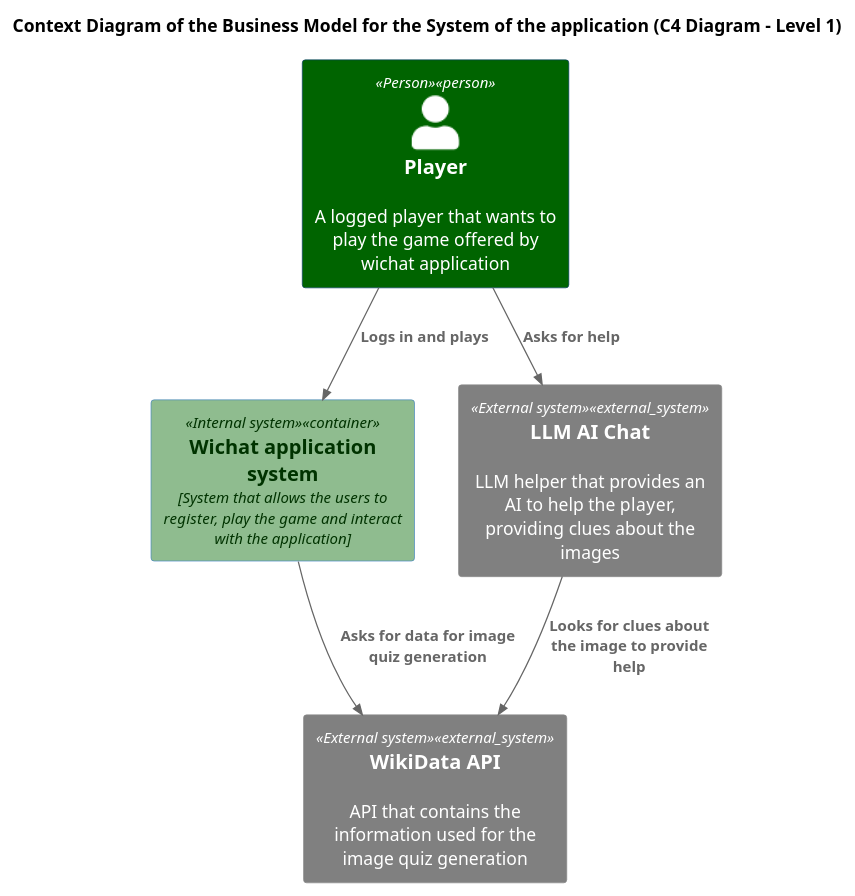
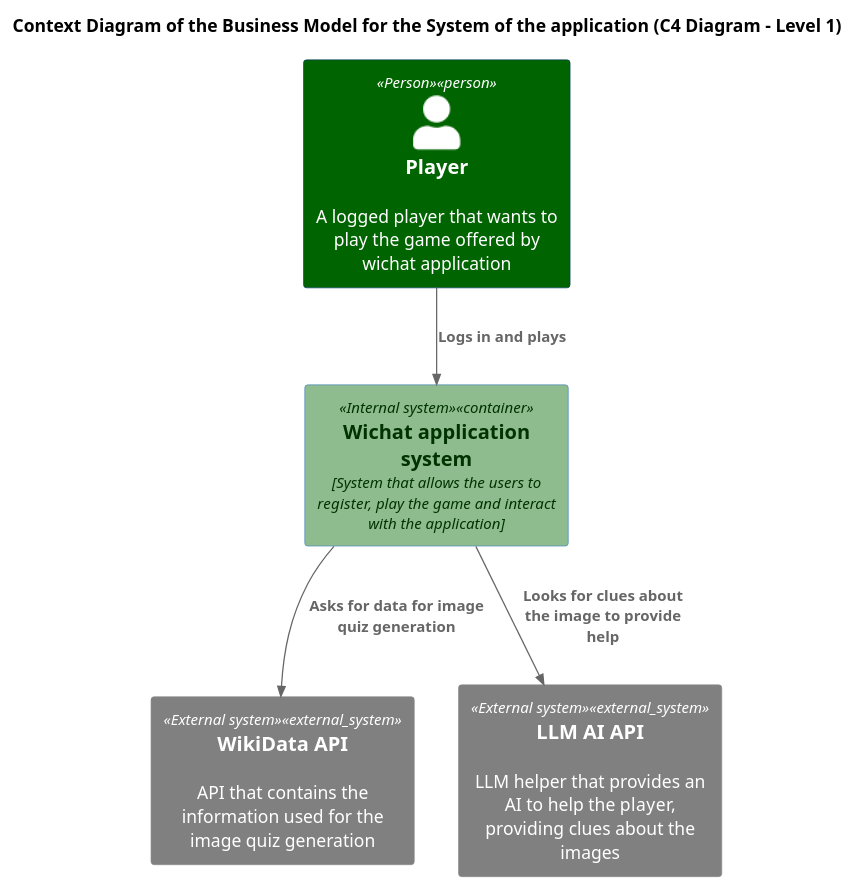
The diagram in docs/src/diagrams/C4_business_model_diagram.puml (Arquisoft/wichat_en1a), drawn with PlantUML before and after one commit. The commit also changed 3 other files, not shown here.

Commit message:
docs: Third draft of the 9th section of the documentation (Architecture Decisions)

```diff
--- a/docs/src/diagrams/C4_business_model_diagram.puml
+++ b/docs/src/diagrams/C4_business_model_diagram.puml
@@ -1,21 +1,20 @@
 @startuml C4_Business_Model_Diagram
 !includeurl https://raw.githubusercontent.com/RicardoNiepel/C4-PlantUML/master/C4_Container.puml
 !include <c4/C4_Context.puml>
 
 title Context Diagram of the Business Model for the System of the application (C4 Diagram - Level 1)
 AddElementTag("Person", $bgColor="#darkgreen", $fontColor="#white")
 AddElementTag("Internal system", $bgColor="#darkseagreen", $fontColor="#003300")
 AddElementTag("External system", $bgColor="#gray", $fontColor="#white")
 
 'Containers
 Person(player, Player,"A logged player that wants to play the game offered by wichat application", $tags="Person")
 Container(wichat, "Wichat application system", "System that allows the users to register, play the game and interact with the application", $tags="Internal system")
 System_Ext(wikidata, "WikiData API", "API that contains the information used for the image quiz generation", $tags="External system")
-System_Ext(llm_chat, "LLM AI Chat", "LLM helper that provides an AI to help the player, providing clues about the images", $tags="External system")
+System_Ext(llm_chat, "LLM AI API", "LLM helper that provides an AI to help the player, providing clues about the images", $tags="External system")
 
 'RELATIONS
 Rel(player, wichat, "Logs in and plays")
-Rel(player, llm_chat, "Asks for help")
-Rel(llm_chat, wikidata, "Looks for clues about the image to provide help")
+Rel(wichat, llm_chat, "Looks for clues about the image to provide help")
 Rel(wichat, wikidata, "Asks for data for image quiz generation")
 @enduml
```
